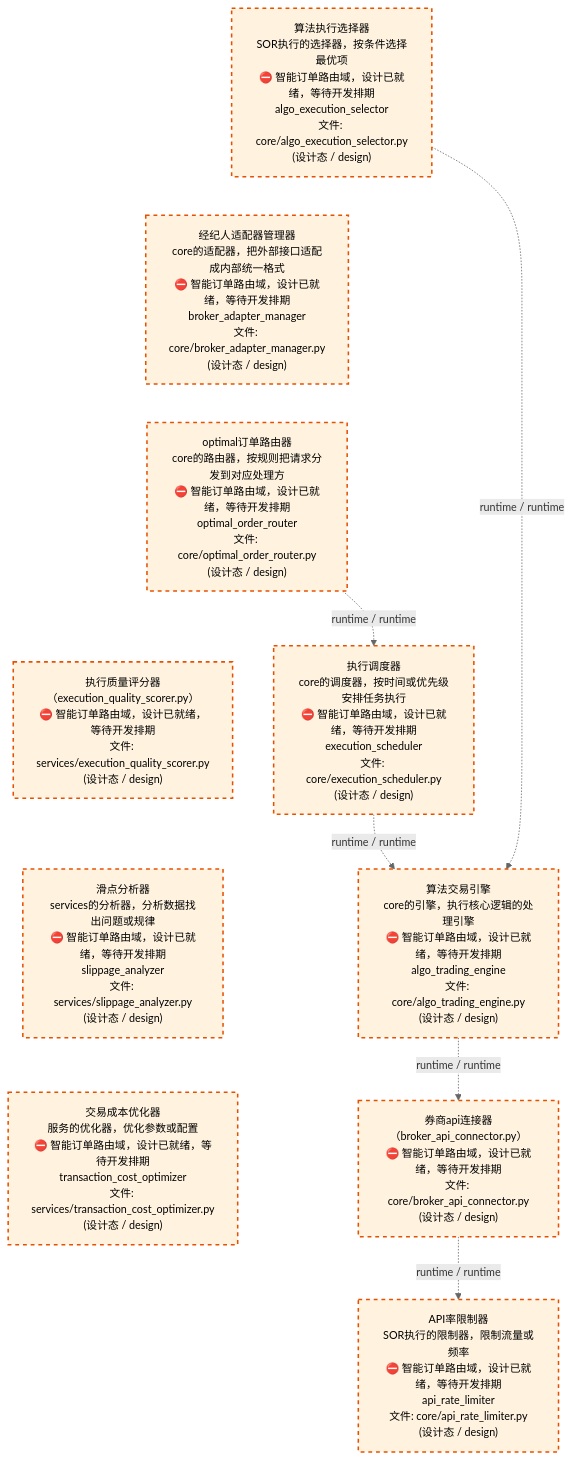
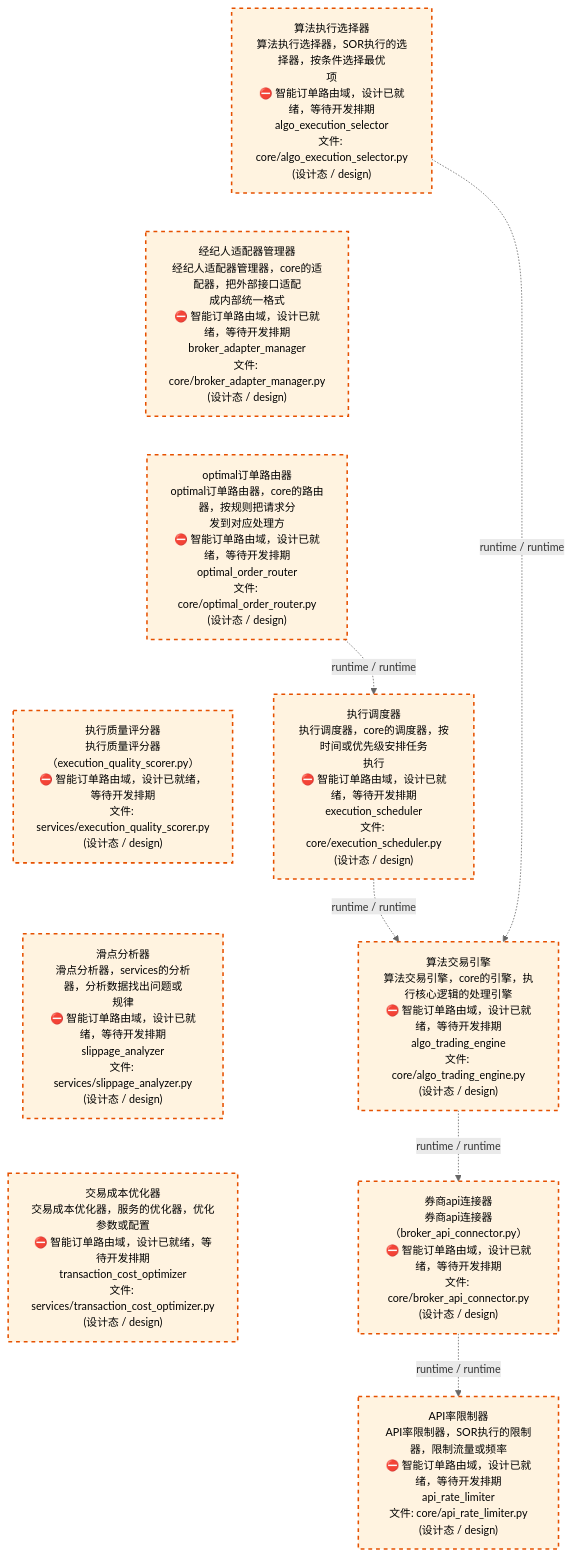
One commit to xuanFelixVan/ZephyrAlpha changed the third of 4 diagrams in docs/02_enterprise_architecture/02_domain_architecture_docs/45_d_ex_sor.md. Above: the diagram before and after it, drawn with Mermaid. The commit also changed other lines of this file and 63 other files, not shown here.

````diff
--- a/docs/02_enterprise_architecture/02_domain_architecture_docs/45_d_ex_sor.md
+++ b/docs/02_enterprise_architecture/02_domain_architecture_docs/45_d_ex_sor.md
@@ -138,29 +138,29 @@
 ```mermaid
 %%{init: {'theme': 'base', 'themeVariables': {'primaryColor': '#eaeaea', 'primaryTextColor': '#333333', 'primaryBorderColor': '#666666', 'lineColor': '#666666', 'secondaryColor': '#eaeaea', 'tertiaryColor': '#eaeaea', 'fontSize': '14px'}}}%%
 flowchart TD
-    src_zephyr_ex_sor_core_algo_execution_selector_py["算法执行选择器<br/>SOR执行的选择器，按条件选择最优项<br/>⛔ 智能订单路由域，设计已就绪，等待开发排期<br/>algo_execution_selector<br/>文件: core/algo_execution_selector.py<br/>(设计态 / design)"]
-    src_zephyr_ex_sor_core_broker_adapter_manager_py["经纪人适配器管理器<br/>core的适配器，把外部接口适配成内部统一格式<br/>⛔ 智能订单路由域，设计已就绪，等待开发排期<br/>broker_adapter_manager<br/>文件: core/broker_adapter_manager.py<br/>(设计态 / design)"]
-    src_zephyr_ex_sor_core_optimal_order_router_py["optimal订单路由器<br/>core的路由器，按规则把请求分发到对应处理方<br/>⛔ 智能订单路由域，设计已就绪，等待开发排期<br/>optimal_order_router<br/>文件: core/optimal_order_router.py<br/>(设计态 / design)"]
-    src_zephyr_ex_sor_services_execution_quality_scorer_py["执行质量评分器<br/>（execution_quality_scorer.py）<br/>⛔ 智能订单路由域，设计已就绪，等待开发排期<br/>文件: services/execution_quality_scorer.py<br/>(设计态 / design)"]
-    src_zephyr_ex_sor_services_slippage_analyzer_py["滑点分析器<br/>services的分析器，分析数据找出问题或规律<br/>⛔ 智能订单路由域，设计已就绪，等待开发排期<br/>slippage_analyzer<br/>文件: services/slippage_analyzer.py<br/>(设计态 / design)"]
-    src_zephyr_ex_sor_services_transaction_cost_optimizer_py["交易成本优化器<br/>服务的优化器，优化参数或配置<br/>⛔ 智能订单路由域，设计已就绪，等待开发排期<br/>transaction_cost_optimizer<br/>文件: services/transaction_cost_optimizer.py<br/>(设计态 / design)"]
+    src_zephyr_ex_sor_core_algo_execution_selector_py["算法执行选择器<br/>算法执行选择器，SOR执行的选择器，按条件选择最优<br/>项<br/>⛔ 智能订单路由域，设计已就绪，等待开发排期<br/>algo_execution_selector<br/>文件: core/algo_execution_selector.py<br/>(设计态 / design)"]
+    src_zephyr_ex_sor_core_broker_adapter_manager_py["经纪人适配器管理器<br/>经纪人适配器管理器，core的适配器，把外部接口适配<br/>成内部统一格式<br/>⛔ 智能订单路由域，设计已就绪，等待开发排期<br/>broker_adapter_manager<br/>文件: core/broker_adapter_manager.py<br/>(设计态 / design)"]
+    src_zephyr_ex_sor_core_optimal_order_router_py["optimal订单路由器<br/>optimal订单路由器，core的路由器，按规则把请求分<br/>发到对应处理方<br/>⛔ 智能订单路由域，设计已就绪，等待开发排期<br/>optimal_order_router<br/>文件: core/optimal_order_router.py<br/>(设计态 / design)"]
+    src_zephyr_ex_sor_services_execution_quality_scorer_py["执行质量评分器<br/>执行质量评分器（execution_quality_scorer.py）<br/>⛔ 智能订单路由域，设计已就绪，等待开发排期<br/>文件: services/execution_quality_scorer.py<br/>(设计态 / design)"]
+    src_zephyr_ex_sor_services_slippage_analyzer_py["滑点分析器<br/>滑点分析器，services的分析器，分析数据找出问题或<br/>规律<br/>⛔ 智能订单路由域，设计已就绪，等待开发排期<br/>slippage_analyzer<br/>文件: services/slippage_analyzer.py<br/>(设计态 / design)"]
+    src_zephyr_ex_sor_services_transaction_cost_optimizer_py["交易成本优化器<br/>交易成本优化器，服务的优化器，优化参数或配置<br/>⛔ 智能订单路由域，设计已就绪，等待开发排期<br/>transaction_cost_optimizer<br/>文件: services/transaction_cost_optimizer.py<br/>(设计态 / design)"]
     src_zephyr_ex_sor_core_algo_execution_selector_py ~~~ src_zephyr_ex_sor_core_broker_adapter_manager_py
     src_zephyr_ex_sor_core_broker_adapter_manager_py ~~~ src_zephyr_ex_sor_core_optimal_order_router_py
     src_zephyr_ex_sor_core_optimal_order_router_py ~~~ src_zephyr_ex_sor_services_execution_quality_scorer_py
     src_zephyr_ex_sor_services_execution_quality_scorer_py ~~~ src_zephyr_ex_sor_services_slippage_analyzer_py
     src_zephyr_ex_sor_services_slippage_analyzer_py ~~~ src_zephyr_ex_sor_services_transaction_cost_optimizer_py
-    src_zephyr_ex_sor_core_execution_scheduler_py["执行调度器<br/>core的调度器，按时间或优先级安排任务执行<br/>⛔ 智能订单路由域，设计已就绪，等待开发排期<br/>execution_scheduler<br/>文件: core/execution_scheduler.py<br/>(设计态 / design)"]
-    src_zephyr_ex_sor_core_algo_trading_engine_py["算法交易引擎<br/>core的引擎，执行核心逻辑的处理引擎<br/>⛔ 智能订单路由域，设计已就绪，等待开发排期<br/>algo_trading_engine<br/>文件: core/algo_trading_engine.py<br/>(设计态 / design)"]
-    src_zephyr_ex_sor_core_broker_api_connector_py["券商api连接器<br/>（broker_api_connector.py）<br/>⛔ 智能订单路由域，设计已就绪，等待开发排期<br/>文件: core/broker_api_connector.py<br/>(设计态 / design)"]
-    src_zephyr_ex_sor_core_api_rate_limiter_py["API率限制器<br/>SOR执行的限制器，限制流量或频率<br/>⛔ 智能订单路由域，设计已就绪，等待开发排期<br/>api_rate_limiter<br/>文件: core/api_rate_limiter.py<br/>(设计态 / design)"]
+    src_zephyr_ex_sor_core_execution_scheduler_py["执行调度器<br/>执行调度器，core的调度器，按时间或优先级安排任务<br/>执行<br/>⛔ 智能订单路由域，设计已就绪，等待开发排期<br/>execution_scheduler<br/>文件: core/execution_scheduler.py<br/>(设计态 / design)"]
+    src_zephyr_ex_sor_core_algo_trading_engine_py["算法交易引擎<br/>算法交易引擎，core的引擎，执行核心逻辑的处理引擎<br/>⛔ 智能订单路由域，设计已就绪，等待开发排期<br/>algo_trading_engine<br/>文件: core/algo_trading_engine.py<br/>(设计态 / design)"]
+    src_zephyr_ex_sor_core_broker_api_connector_py["券商api连接器<br/>券商api连接器（broker_api_connector.py）<br/>⛔ 智能订单路由域，设计已就绪，等待开发排期<br/>文件: core/broker_api_connector.py<br/>(设计态 / design)"]
+    src_zephyr_ex_sor_core_api_rate_limiter_py["API率限制器<br/>API率限制器，SOR执行的限制器，限制流量或频率<br/>⛔ 智能订单路由域，设计已就绪，等待开发排期<br/>api_rate_limiter<br/>文件: core/api_rate_limiter.py<br/>(设计态 / design)"]
     src_zephyr_ex_sor_core_optimal_order_router_py -.->|runtime / runtime| src_zephyr_ex_sor_core_execution_scheduler_py
     src_zephyr_ex_sor_core_execution_scheduler_py -.->|runtime / runtime| src_zephyr_ex_sor_core_algo_trading_engine_py
     src_zephyr_ex_sor_core_algo_trading_engine_py -.->|runtime / runtime| src_zephyr_ex_sor_core_broker_api_connector_py
     src_zephyr_ex_sor_core_algo_execution_selector_py -.->|runtime / runtime| src_zephyr_ex_sor_core_algo_trading_engine_py
     src_zephyr_ex_sor_core_broker_api_connector_py -.->|runtime / runtime| src_zephyr_ex_sor_core_api_rate_limiter_py
     classDef production fill:#e1f5fe,stroke:#01579b,stroke-width:2px,color:#000
     classDef design fill:#fff3e0,stroke:#e65100,stroke-width:2px,color:#000,stroke-dasharray: 5 5
     classDef external_prod fill:#e8f4fd,stroke:#0277bd,stroke-width:1px,color:#000
     classDef external_design fill:#fff8e7,stroke:#ef6c00,stroke-width:1px,color:#000,stroke-dasharray: 5 5
     class src_zephyr_ex_sor_core_algo_execution_selector_py,src_zephyr_ex_sor_core_algo_trading_engine_py,src_zephyr_ex_sor_core_api_rate_limiter_py,src_zephyr_ex_sor_core_broker_adapter_manager_py,src_zephyr_ex_sor_core_broker_api_connector_py,src_zephyr_ex_sor_core_execution_scheduler_py,src_zephyr_ex_sor_core_optimal_order_router_py,src_zephyr_ex_sor_services_execution_quality_scorer_py,src_zephyr_ex_sor_services_slippage_analyzer_py,src_zephyr_ex_sor_services_transaction_cost_optimizer_py design
 ```
````
